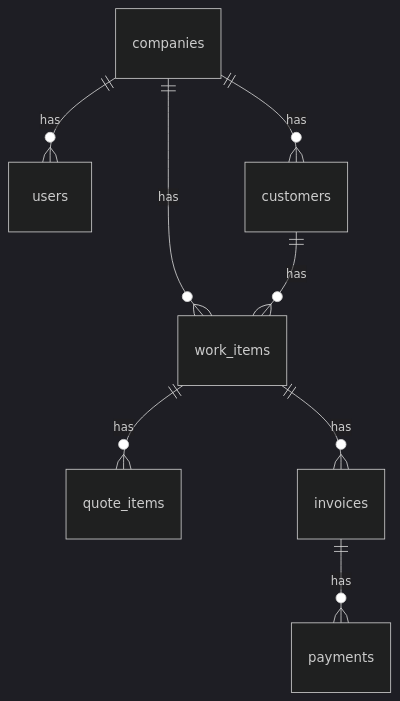
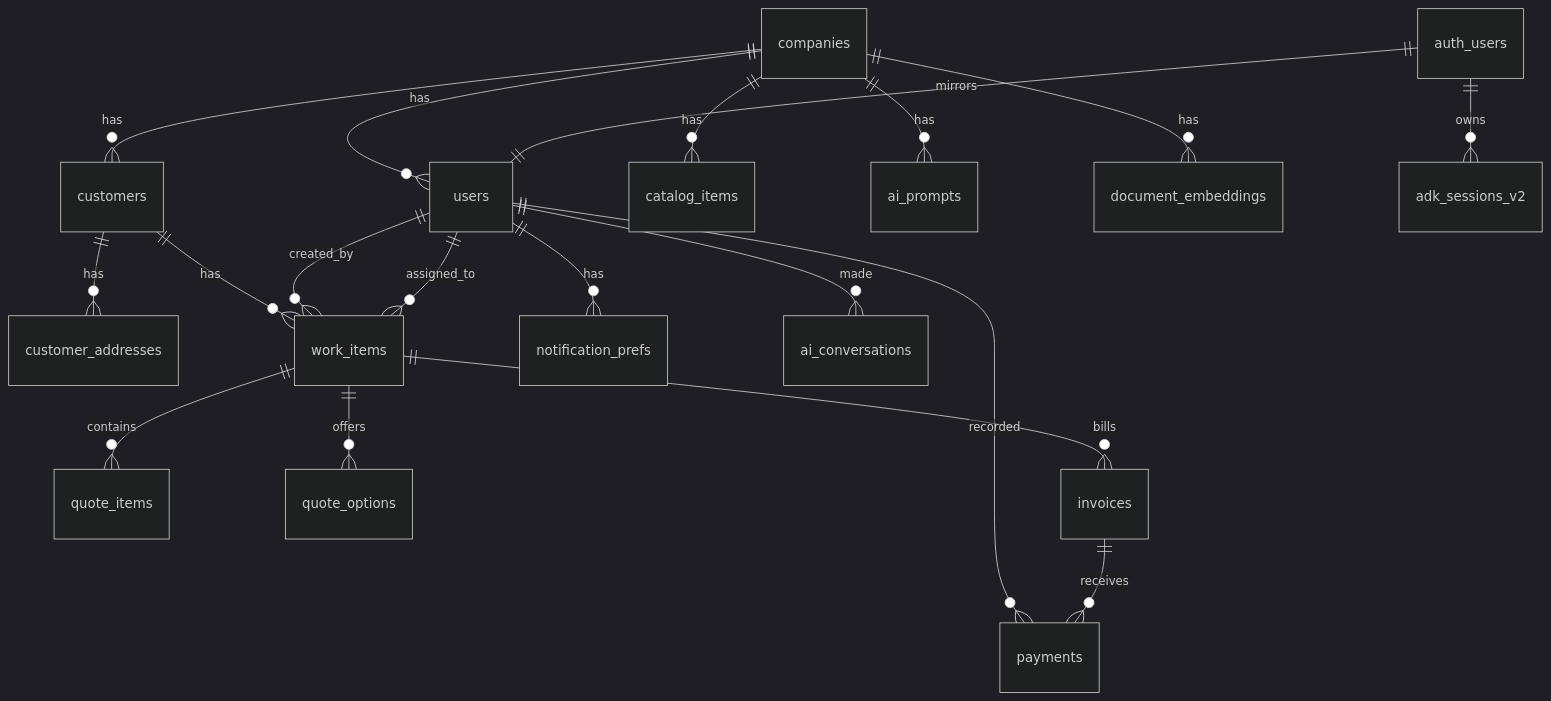
One commit to dipenvekaria/quotepro changed the diagram in docs/rebuild/DATA_MODEL.md. Above: the diagram before and after it, drawn with Mermaid (dark theme). The commit also changed other lines of this file and 68 other files, not shown here.

````diff
--- a/docs/rebuild/DATA_MODEL.md
+++ b/docs/rebuild/DATA_MODEL.md
@@ -13,10 +11,26 @@
 ```mermaid
 erDiagram
   companies ||--o{ users : has
   companies ||--o{ customers : has
-  companies ||--o{ work_items : has
+  companies ||--o{ catalog_items : has
+  companies ||--o{ ai_prompts : has
+  companies ||--o{ document_embeddings : has
+
+  customers ||--o{ customer_addresses : has
   customers ||--o{ work_items : has
-  work_items ||--o{ quote_items : has
-  work_items ||--o{ invoices : has
-  invoices ||--o{ payments : has
+
+  users ||--o{ work_items : created_by
+  users ||--o{ work_items : assigned_to
+  users ||--o{ notification_prefs : has
+  users ||--o{ ai_conversations : made
+  users ||--o{ payments : recorded
+
+  work_items ||--o{ quote_items : contains
+  work_items ||--o{ quote_options : offers
+  work_items ||--o{ invoices : bills
+
+  invoices ||--o{ payments : receives
+
+  auth_users ||--|| users : mirrors
+  auth_users ||--o{ adk_sessions_v2 : owns
 ```
````
